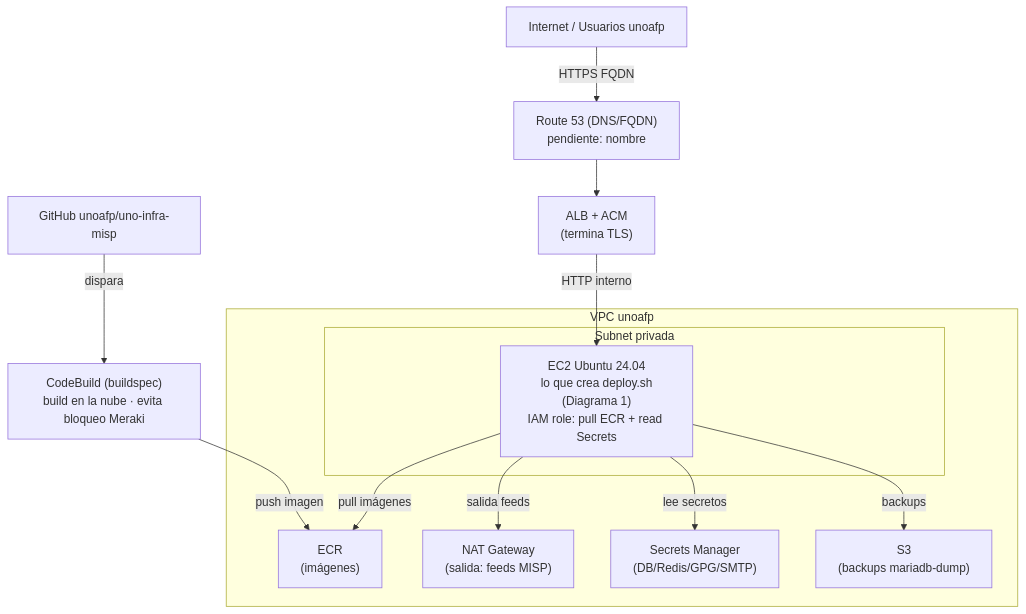
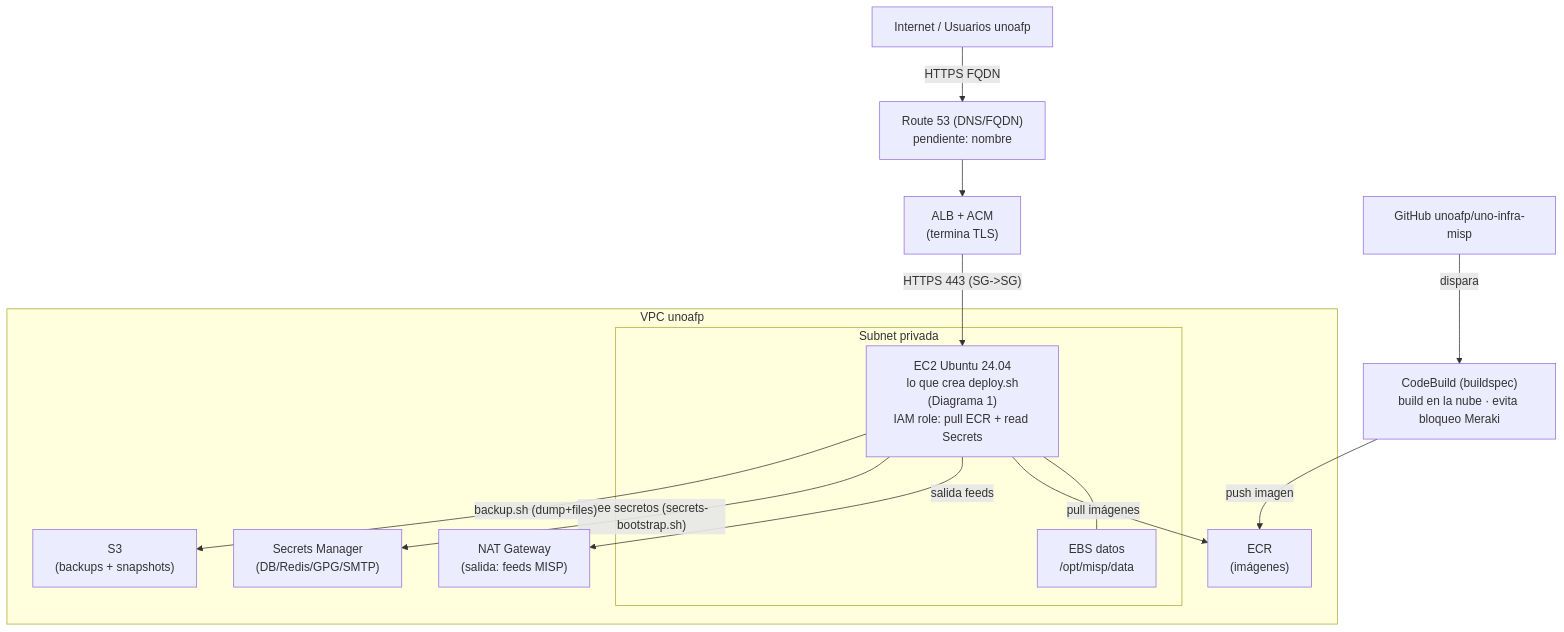
Before and after one commit to jllanquihuen/uno-infra-misp: the second of 2 diagrams in deploy/podman/deploy.md, drawn with Mermaid. The commit also changed other lines of this file and 15 other files, not shown here.

First line of the commit message:
feat(deploy): production hardening - real EBS persistence, Secrets Manager, ALB/ACM, scoped IAM, backups

````diff
--- a/deploy/podman/deploy.md
+++ b/deploy/podman/deploy.md
@@ -128,23 +128,25 @@
 ```mermaid
 flowchart TB
     USERS["Internet / Usuarios unoafp"] -->|HTTPS FQDN| R53["Route 53 (DNS/FQDN)<br/>pendiente: nombre"]
     R53 --> ALB["ALB + ACM<br/>(termina TLS)"]
 
     subgraph VPC["VPC unoafp"]
         subgraph PRIV["Subnet privada"]
             EC2["EC2 Ubuntu 24.04<br/>lo que crea deploy.sh<br/>(Diagrama 1)<br/>IAM role: pull ECR + read Secrets"]
+            EBS["EBS datos<br/>/opt/misp/data"]
         end
         ECR["ECR<br/>(imágenes)"]
         NAT["NAT Gateway<br/>(salida: feeds MISP)"]
         SM["Secrets Manager<br/>(DB/Redis/GPG/SMTP)"]
-        S3["S3<br/>(backups mariadb-dump)"]
+        S3["S3<br/>(backups + snapshots)"]
     end
 
-    ALB -->|HTTP interno| EC2
+    ALB -->|"HTTPS 443 (SG->SG)"| EC2
+    EC2 --- EBS
     EC2 -->|pull imágenes| ECR
     EC2 -->|salida feeds| NAT
-    EC2 -->|lee secretos| SM
-    EC2 -->|backups| S3
+    EC2 -->|"lee secretos (secrets-bootstrap.sh)"| SM
+    EC2 -->|"backup.sh (dump+files)"| S3
     CB["CodeBuild (buildspec)<br/>build en la nube · evita bloqueo Meraki"] -->|push imagen| ECR
     GH["GitHub unoafp/uno-infra-misp"] -->|dispara| CB
 ```
````
